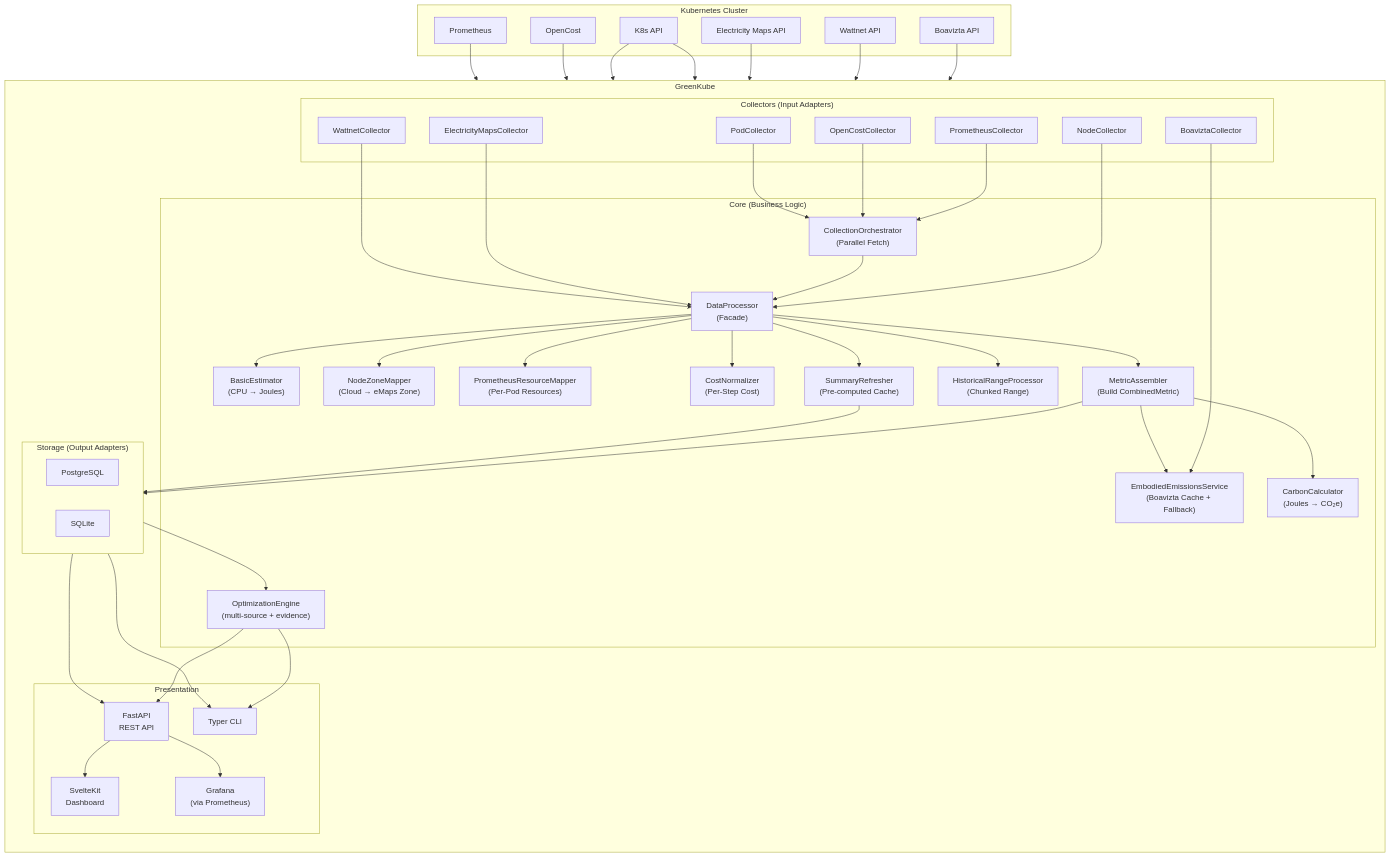
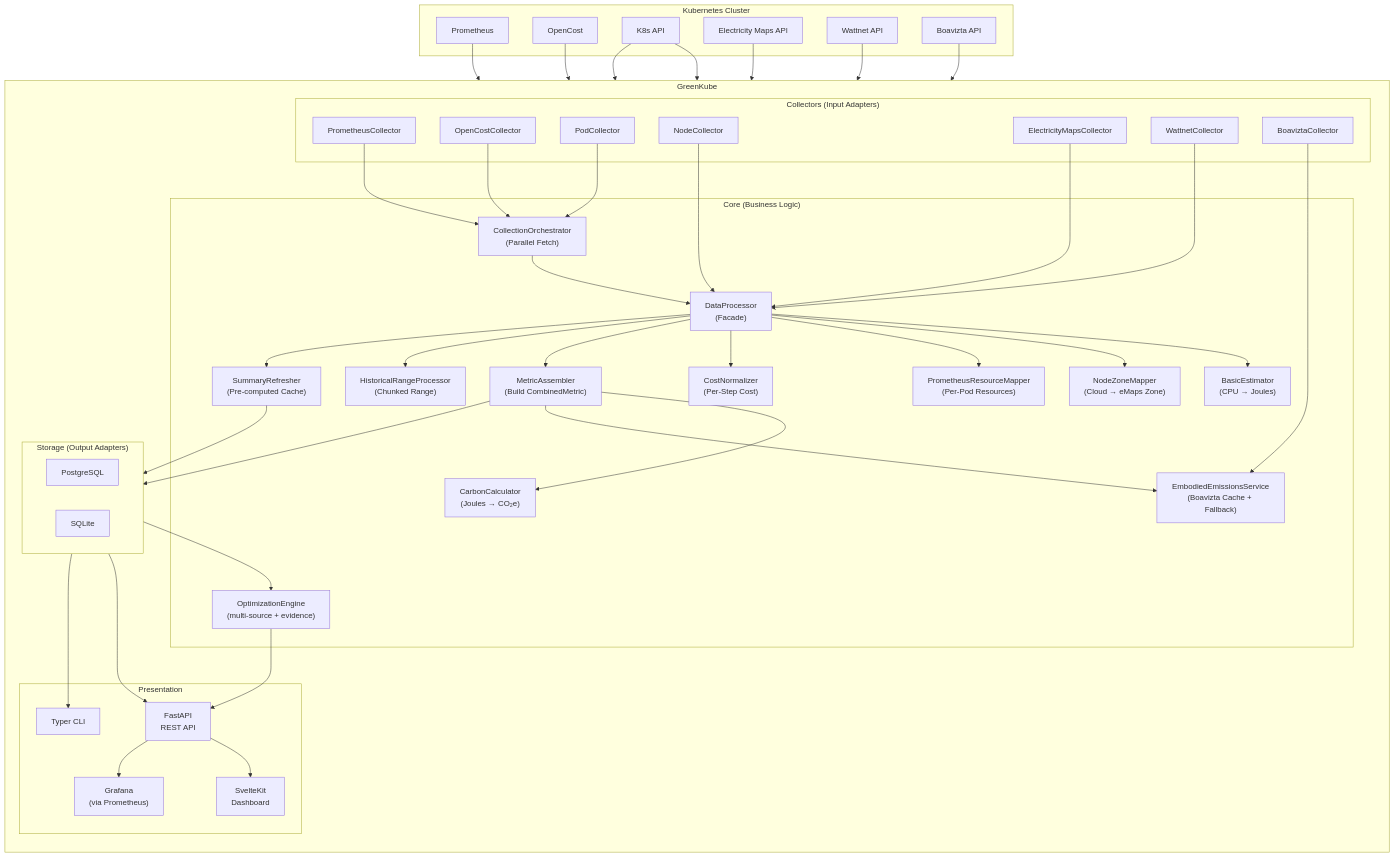
The diagram in docs/architecture.md (GreenKubeCloud/GreenKube), drawn with Mermaid before and after one commit. The commit also changed other lines of this file and 19 other files, not shown here.

````diff
--- a/docs/architecture.md
+++ b/docs/architecture.md
@@ -92,5 +92,4 @@
     API --> Grafana
     Storage --> Rec
     Rec --> API
-    Rec --> CLI
 ```
````
